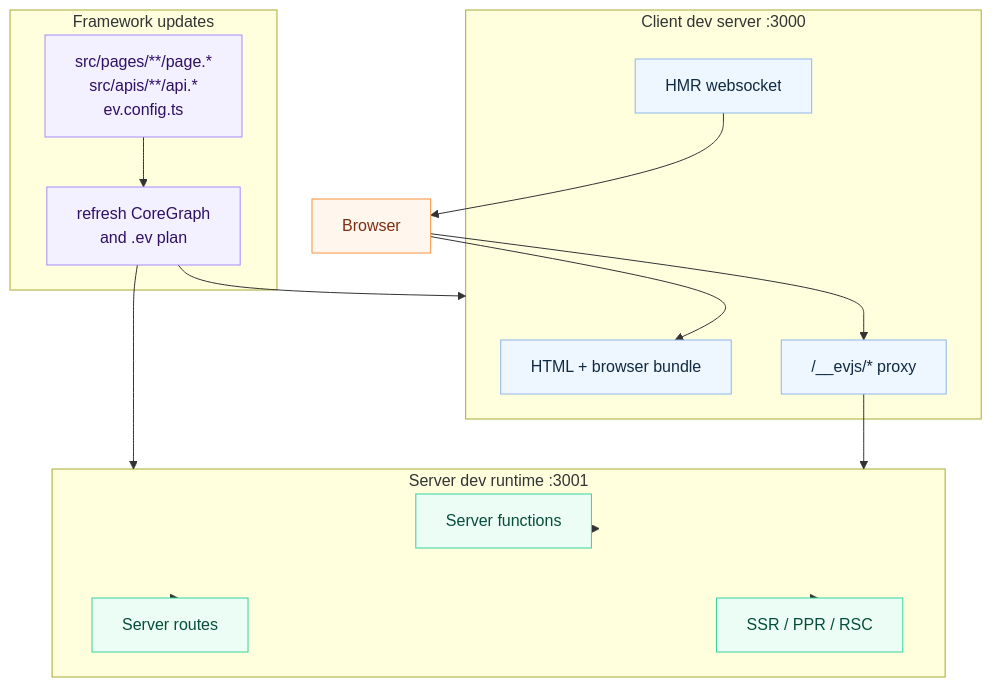
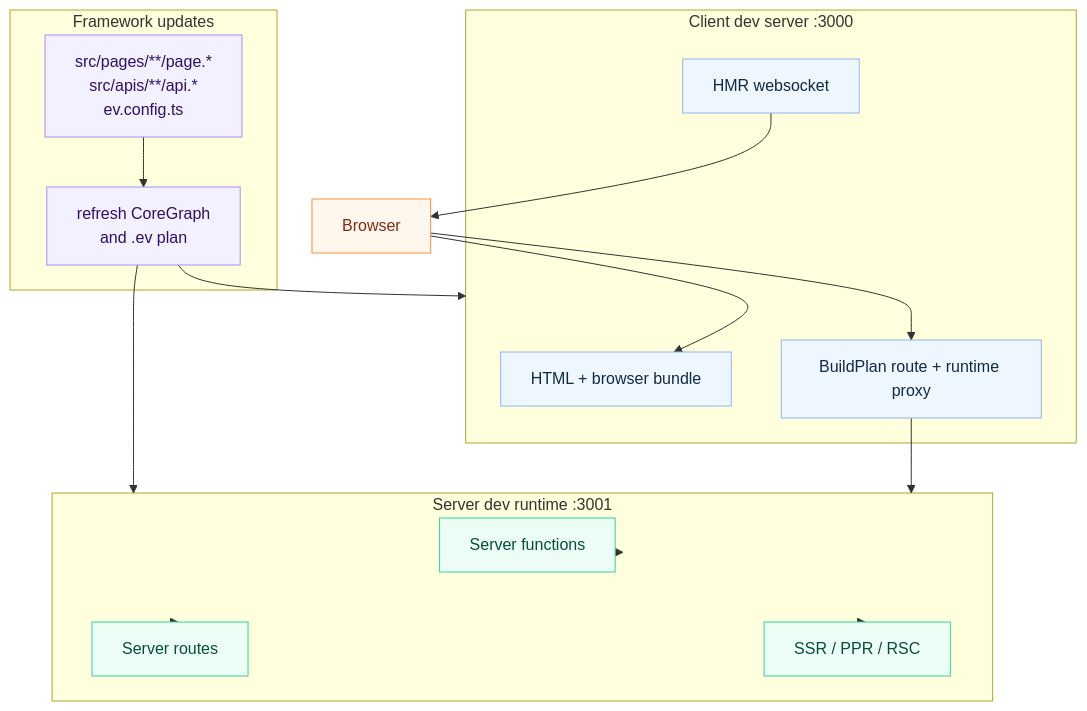
The diagram in docs/docs/dev.md (afx-team/evjs), drawn with Mermaid before and after one commit. The commit also changed other lines of this file and 163 other files, not shown here.

````diff
--- a/docs/docs/dev.md
+++ b/docs/docs/dev.md
@@ -55,40 +62,40 @@
 ```mermaid
 flowchart TB
   Browser["Browser"]
 
   subgraph ClientSide["Client dev server :3000"]
     HTML["HTML + browser bundle"]
     HMR["HMR websocket"]
-    Proxy["/__evjs/* proxy"]
+    Proxy["BuildPlan route + runtime proxy"]
   end
 
   subgraph ServerSide["Server dev runtime :3001"]
     Functions["Server functions"]
     Routes["Server routes"]
     Rendering["SSR / PPR / RSC"]
   end
 
   subgraph Updates["Framework updates"]
     Files["src/pages/**/page.*\nsrc/apis/**/api.*\nev.config.ts"]
     Plan["refresh CoreGraph\nand .ev plan"]
   end
 
   Browser --> HTML
   HMR --> Browser
   Browser --> Proxy --> ServerSide
   ServerSide --> Functions
   ServerSide --> Routes
   ServerSide --> Rendering
   Files --> Plan
   Plan --> ClientSide
   Plan --> ServerSide
 
   classDef browser fill:#fff7ed,stroke:#fb923c,color:#7c2d12;
   classDef client fill:#eef6ff,stroke:#8fb5e8,color:#102a43;
   classDef server fill:#ecfdf5,stroke:#34d399,color:#064e3b;
   classDef update fill:#f3f0ff,stroke:#a78bfa,color:#2e1065;
   class Browser browser;
   class HTML,HMR,Proxy client;
   class Functions,Routes,Rendering server;
   class Files,Plan update;
 ```
````
